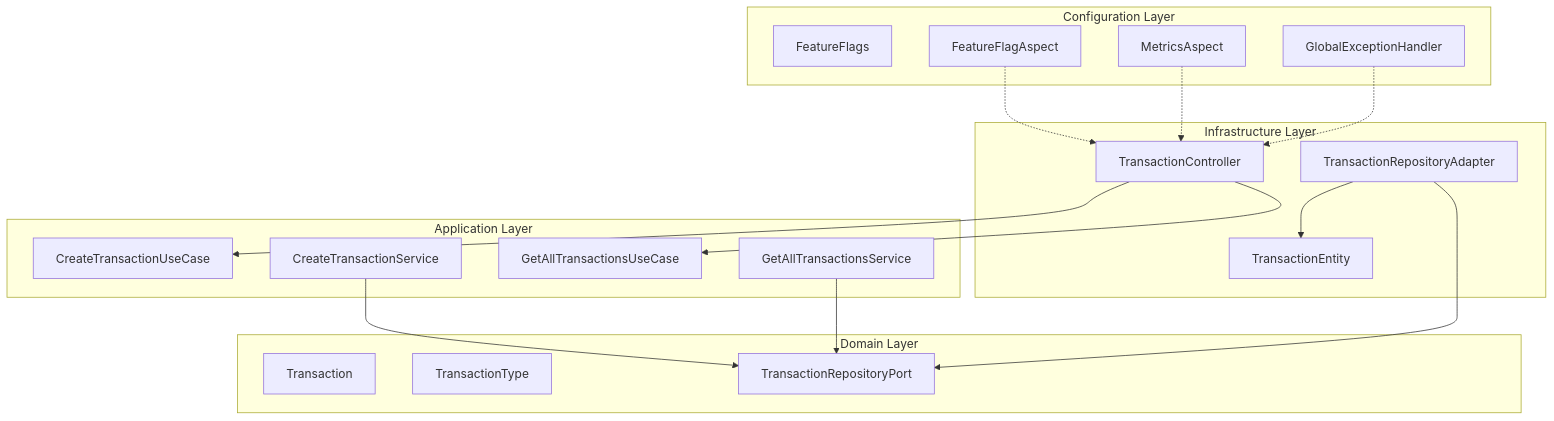
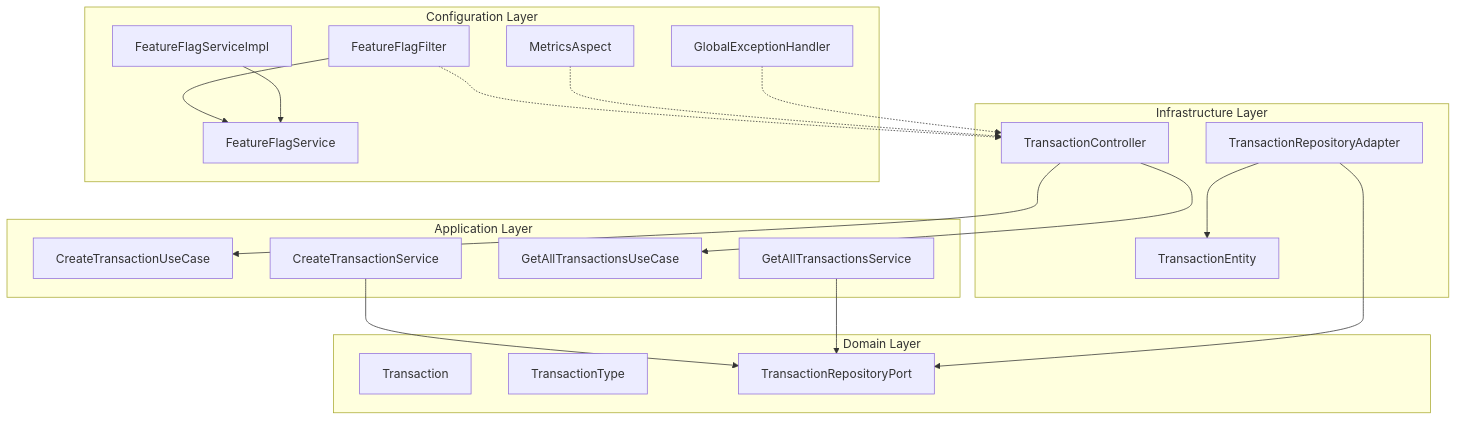
The diagram in docs/development-view.md (noyqdave/accounting-ledger-service), drawn with Mermaid before and after one commit. The commit also changed other lines of this file and 12 other files, not shown here.

First line of the commit message:
Update documentation to reflect filter-based feature flag implementation

````diff
--- a/docs/development-view.md
+++ b/docs/development-view.md
@@ -9,41 +9,44 @@
 ```mermaid
 graph TB
     subgraph "Domain Layer"
         T[Transaction]
         TT[TransactionType]
         TRP[TransactionRepositoryPort]
     end
     
     subgraph "Application Layer"
         CTU[CreateTransactionUseCase]
         CTS[CreateTransactionService]
         GTU[GetAllTransactionsUseCase]
         GTS[GetAllTransactionsService]
     end
     
     subgraph "Infrastructure Layer"
         TC[TransactionController]
         TRA[TransactionRepositoryAdapter]
         TE[TransactionEntity]
     end
     
     subgraph "Configuration Layer"
-        FF[FeatureFlags]
-        FFA[FeatureFlagAspect]
+        FFS[FeatureFlagService]
+        FFSI[FeatureFlagServiceImpl]
+        FFF[FeatureFlagFilter]
         MA[MetricsAspect]
         GEH[GlobalExceptionHandler]
     end
     
     %% Dependencies (arrows point from dependent to dependency)
     CTS --> TRP
     GTS --> TRP
     TC --> CTU
     TC --> GTU
     TRA --> TRP
     TRA --> TE
     
     %% Cross-cutting (dotted lines)
-    FFA -.-> TC
+    FFF -.-> TC
+    FFF --> FFS
+    FFSI --> FFS
     MA -.-> TC
     GEH -.-> TC
 ```
````
